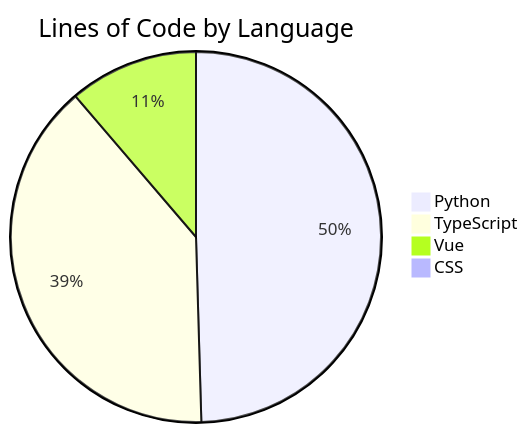
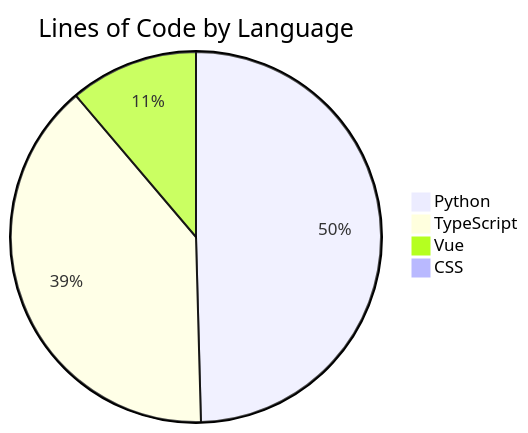
Before and after one commit to ISW-stack/AI3L-Community: the diagram in README.md, drawn with Mermaid. The commit also changed other lines of this file and 1 other file, not shown here.

````diff
--- a/README.md
+++ b/README.md
@@ -374,7 +374,7 @@
 ```mermaid
 pie title Lines of Code by Language
     "Python" : 120503
     "TypeScript" : 95334
-    "Vue" : 27415
+    "Vue" : 27247
     "CSS" : 134
 ```
````
